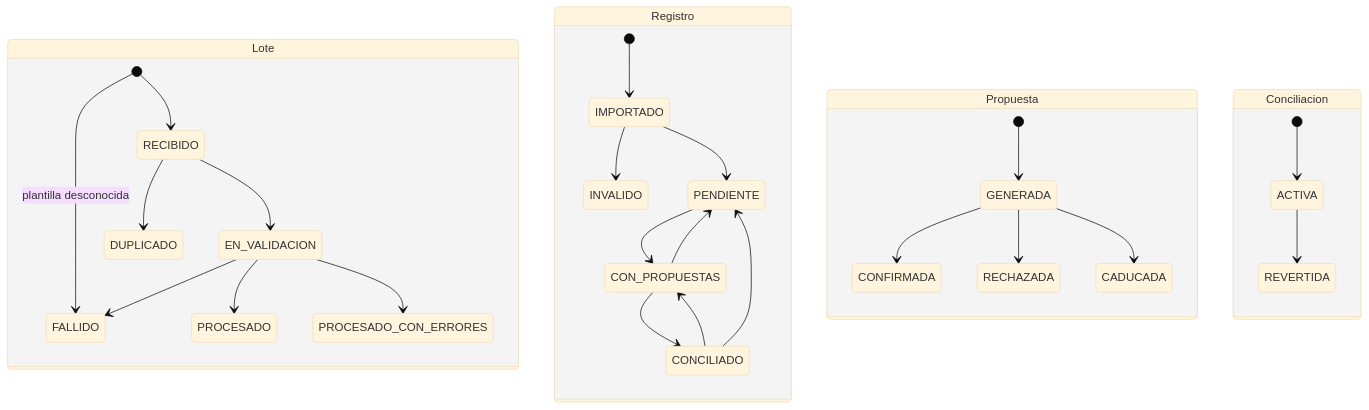
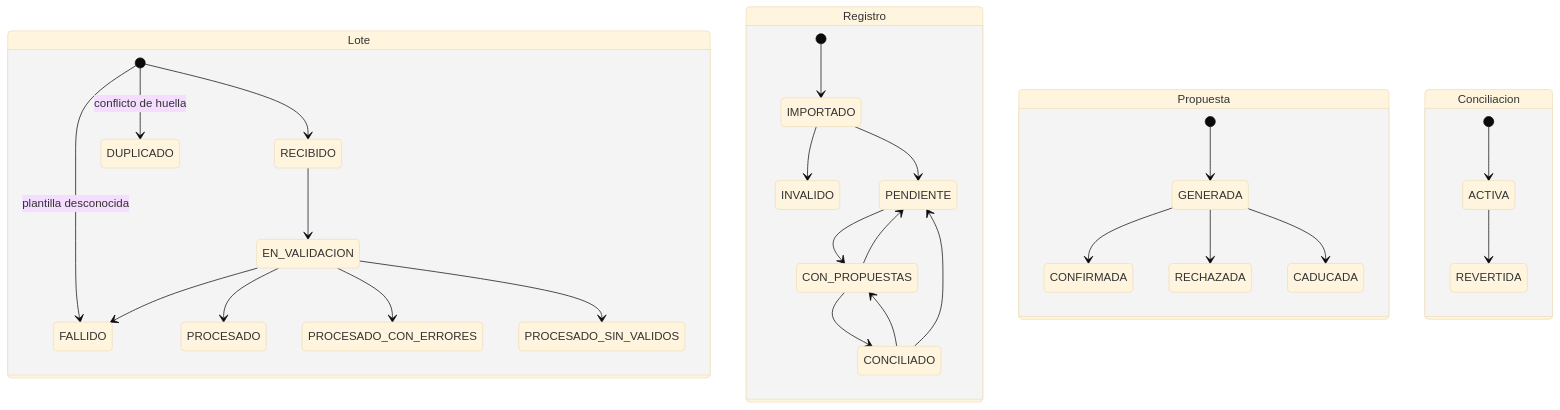
One commit to turkaym/conciliador-financiero changed the seventh of 8 diagrams in docs/segunda-entrega/06-diagramas.md. Above: the diagram before and after it, drawn with Mermaid (base theme). The commit also changed other lines of this file and 33 other files, not shown here.

````diff
--- a/docs/segunda-entrega/06-diagramas.md
+++ b/docs/segunda-entrega/06-diagramas.md
@@ -235,32 +243,33 @@
 ```mermaid
 stateDiagram-v2
  state Lote {
   [*] --> RECIBIDO
   [*] --> FALLIDO : plantilla desconocida
+  [*] --> DUPLICADO : conflicto de huella
   RECIBIDO --> EN_VALIDACION
-  RECIBIDO --> DUPLICADO
   EN_VALIDACION --> PROCESADO
   EN_VALIDACION --> PROCESADO_CON_ERRORES
+  EN_VALIDACION --> PROCESADO_SIN_VALIDOS
   EN_VALIDACION --> FALLIDO
  }
  state Registro {
   [*] --> IMPORTADO
   IMPORTADO --> INVALIDO
   IMPORTADO --> PENDIENTE
   PENDIENTE --> CON_PROPUESTAS
   CON_PROPUESTAS --> PENDIENTE
   CON_PROPUESTAS --> CONCILIADO
   CONCILIADO --> PENDIENTE
   CONCILIADO --> CON_PROPUESTAS
  }
  state Propuesta {
   [*] --> GENERADA
   GENERADA --> CONFIRMADA
   GENERADA --> RECHAZADA
   GENERADA --> CADUCADA
  }
  state Conciliacion {
   [*] --> ACTIVA
   ACTIVA --> REVERTIDA
  }
 ```
````
